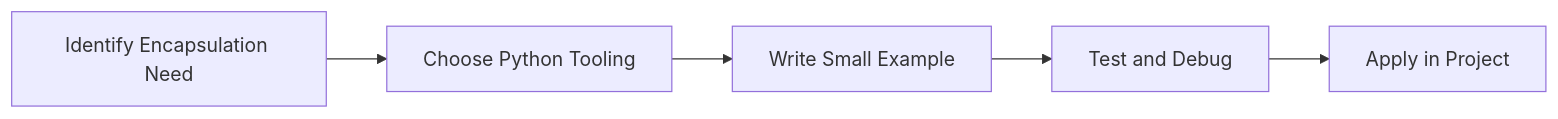
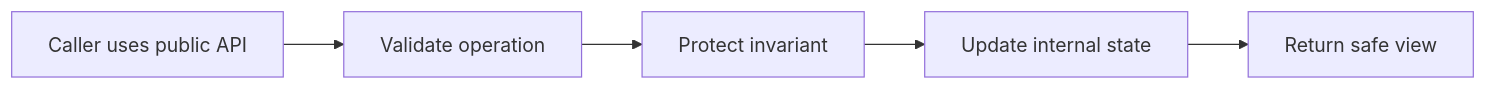
Before and after one commit to SYMOIZ/E-Learning-Portal: the diagram in Python-Mastery/Intermediate/05-encapsulation.md, drawn with Mermaid. The commit also changed other lines of this file and 116 other files, not shown here.

````diff
--- a/Python-Mastery/Intermediate/05-encapsulation.md
+++ b/Python-Mastery/Intermediate/05-encapsulation.md
@@ -150,7 +179,7 @@
 ```mermaid
 flowchart LR
-    A[Identify Encapsulation Need] --> B[Choose Python Tooling]
-    B --> C[Write Small Example]
-    C --> D[Test and Debug]
-    D --> E[Apply in Project]
+    A[Caller uses public API] --> B[Validate operation]
+    B --> C[Protect invariant]
+    C --> D[Update internal state]
+    D --> E[Return safe view]
 ```
````
